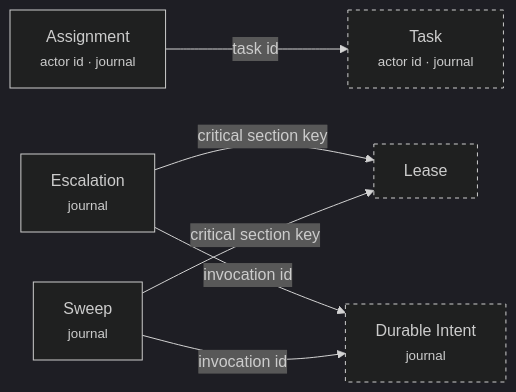
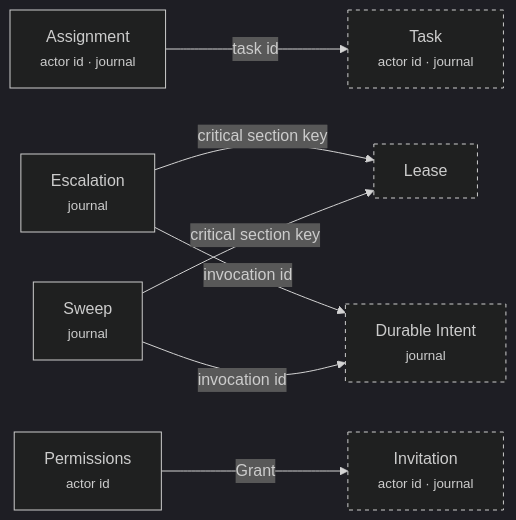
The second of 6 diagrams in library/graph.md (scottromack/grace-commons), drawn with Mermaid before and after one commit. The commit also changed other lines of this file and 11 other files, not shown here.

````diff
--- a/library/graph.md
+++ b/library/graph.md
@@ -35,17 +35,20 @@
 ```mermaid
 %%{init: {"theme": "dark", "flowchart": {"htmlLabels": true}} }%%
 flowchart LR
   b2_assignment["Assignment<br/><small>actor id · journal</small>"]
   b2_escalation["Escalation<br/><small>journal</small>"]
+  b2_permissions["Permissions<br/><small>actor id</small>"]
   b2_sweep["Sweep<br/><small>journal</small>"]
   b2_durable_intent["Durable Intent<br/><small>journal</small>"]
+  b2_invitation["Invitation<br/><small>actor id · journal</small>"]
   b2_lease["Lease"]
   b2_task["Task<br/><small>actor id · journal</small>"]
-  class b2_durable_intent,b2_lease,b2_task lower
+  class b2_durable_intent,b2_invitation,b2_lease,b2_task lower
   b2_assignment -->|"task id"| b2_task
   b2_escalation -->|"critical section key"| b2_lease
   b2_escalation -->|"invocation id"| b2_durable_intent
+  b2_permissions -->|"Grant"| b2_invitation
   b2_sweep -->|"critical section key"| b2_lease
   b2_sweep -->|"invocation id"| b2_durable_intent
   classDef lower stroke-dasharray: 4 4
 ```
````
